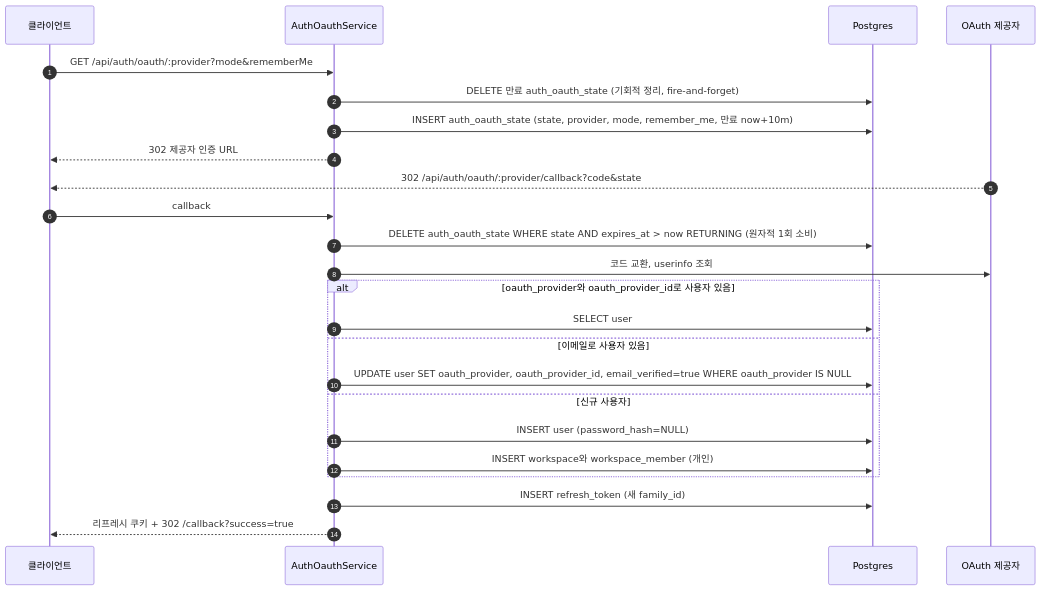
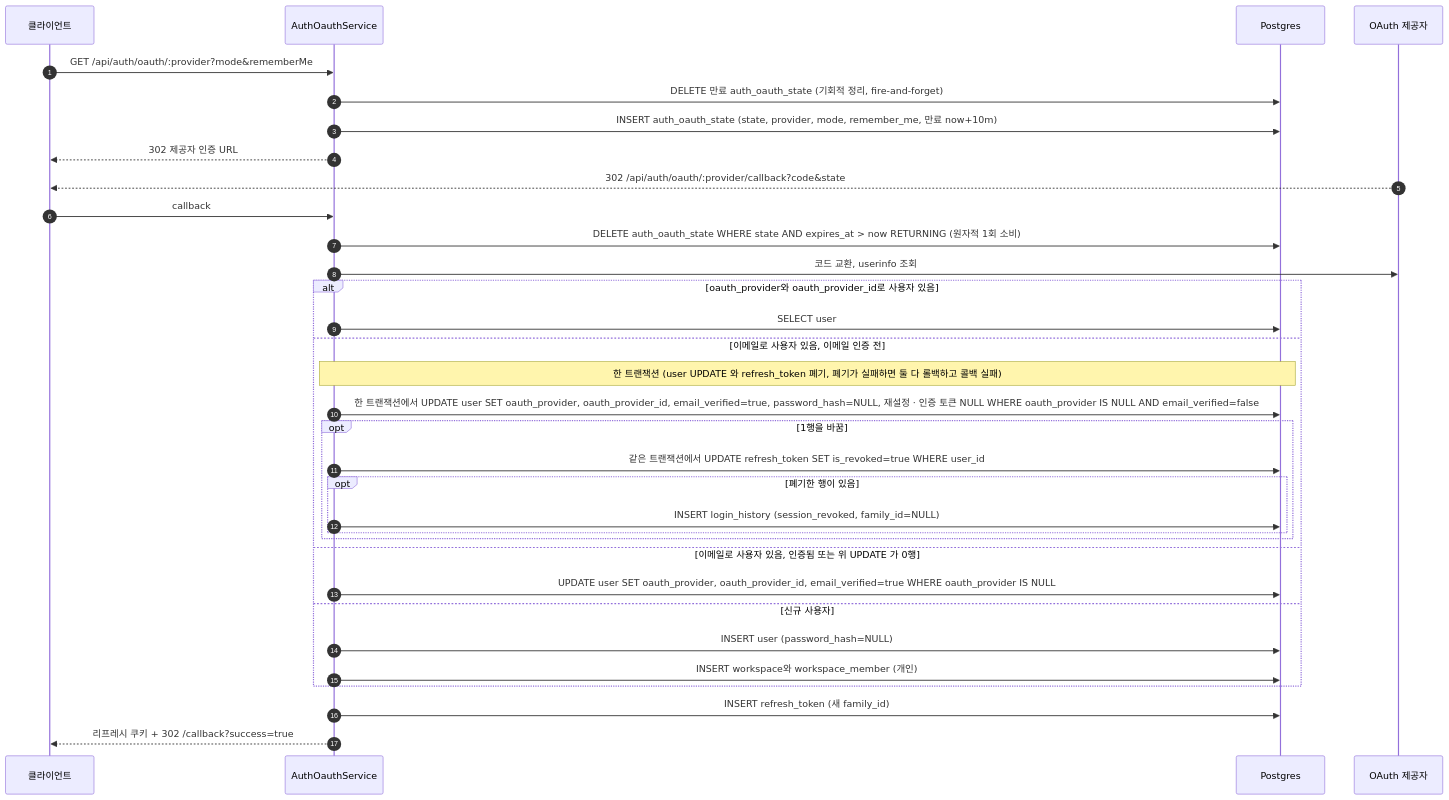
The third of 6 diagrams in spec/CLE-ACCT/CLE-ACCT-DATA-AUTH.md (worker-ants/clemvion), drawn with Mermaid before and after one commit. The commit also changed other lines of this file and 21 other files, not shown here.

````diff
--- a/spec/CLE-ACCT/CLE-ACCT-DATA-AUTH.md
+++ b/spec/CLE-ACCT/CLE-ACCT-DATA-AUTH.md
@@ -107,26 +107,35 @@
 ```mermaid
 sequenceDiagram
   autonumber
   participant C as 클라이언트
   participant Svc as AuthOauthService
   participant PG as Postgres
   participant Prov as OAuth 제공자
   C->>Svc: GET /api/auth/oauth/:provider?mode&rememberMe
   Svc->>PG: DELETE 만료 auth_oauth_state (기회적 정리, fire-and-forget)
   Svc->>PG: INSERT auth_oauth_state (state, provider, mode, remember_me, 만료 now+10m)
   Svc-->>C: 302 제공자 인증 URL
   Prov-->>C: 302 /api/auth/oauth/:provider/callback?code&state
   C->>Svc: callback
   Svc->>PG: DELETE auth_oauth_state WHERE state AND expires_at > now RETURNING (원자적 1회 소비)
   Svc->>Prov: 코드 교환, userinfo 조회
   alt oauth_provider와 oauth_provider_id로 사용자 있음
     Svc->>PG: SELECT user
-  else 이메일로 사용자 있음
+  else 이메일로 사용자 있음, 이메일 인증 전
+    Note over Svc,PG: 한 트랜잭션 (user UPDATE 와 refresh_token 폐기, 폐기가 실패하면 둘 다 롤백하고 콜백 실패)
+    Svc->>PG: 한 트랜잭션에서 UPDATE user SET oauth_provider, oauth_provider_id, email_verified=true, password_hash=NULL, 재설정 · 인증 토큰 NULL WHERE oauth_provider IS NULL AND email_verified=false
+    opt 1행을 바꿈
+      Svc->>PG: 같은 트랜잭션에서 UPDATE refresh_token SET is_revoked=true WHERE user_id
+      opt 폐기한 행이 있음
+        Svc->>PG: INSERT login_history (session_revoked, family_id=NULL)
+      end
+    end
+  else 이메일로 사용자 있음, 인증됨 또는 위 UPDATE 가 0행
     Svc->>PG: UPDATE user SET oauth_provider, oauth_provider_id, email_verified=true WHERE oauth_provider IS NULL
   else 신규 사용자
     Svc->>PG: INSERT user (password_hash=NULL)
     Svc->>PG: INSERT workspace와 workspace_member (개인)
   end
   Svc->>PG: INSERT refresh_token (새 family_id)
   Svc-->>C: 리프레시 쿠키 + 302 /callback?success=true
 ```
````
